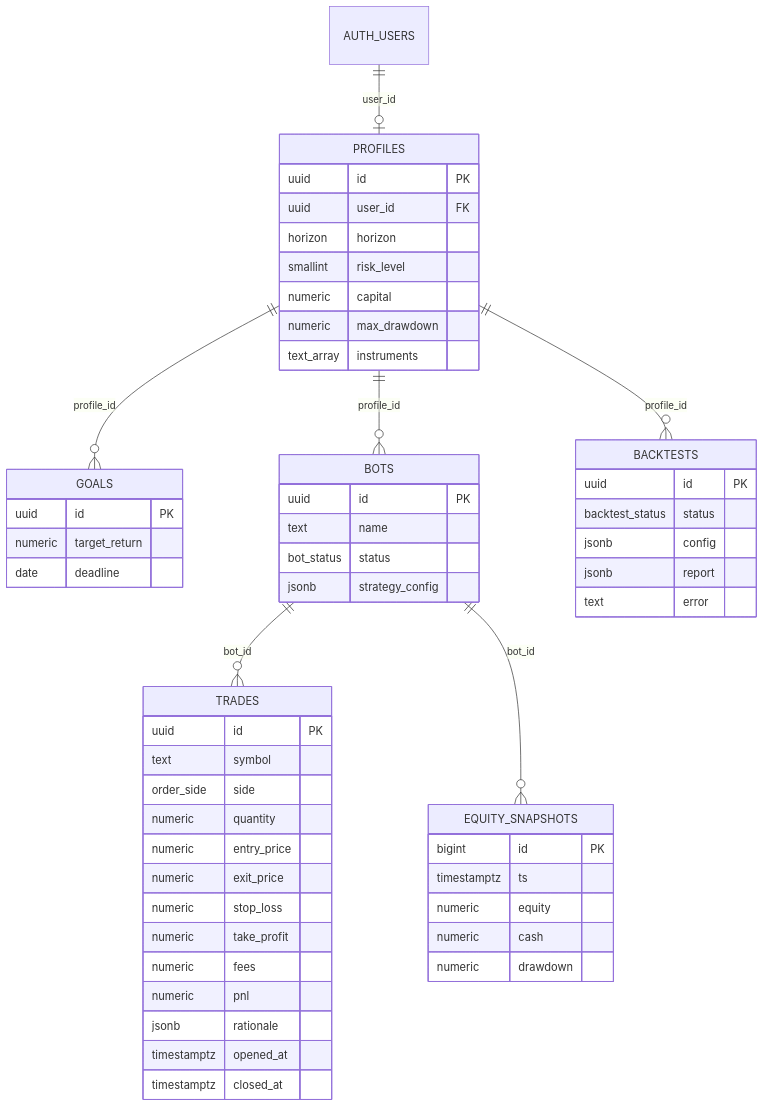
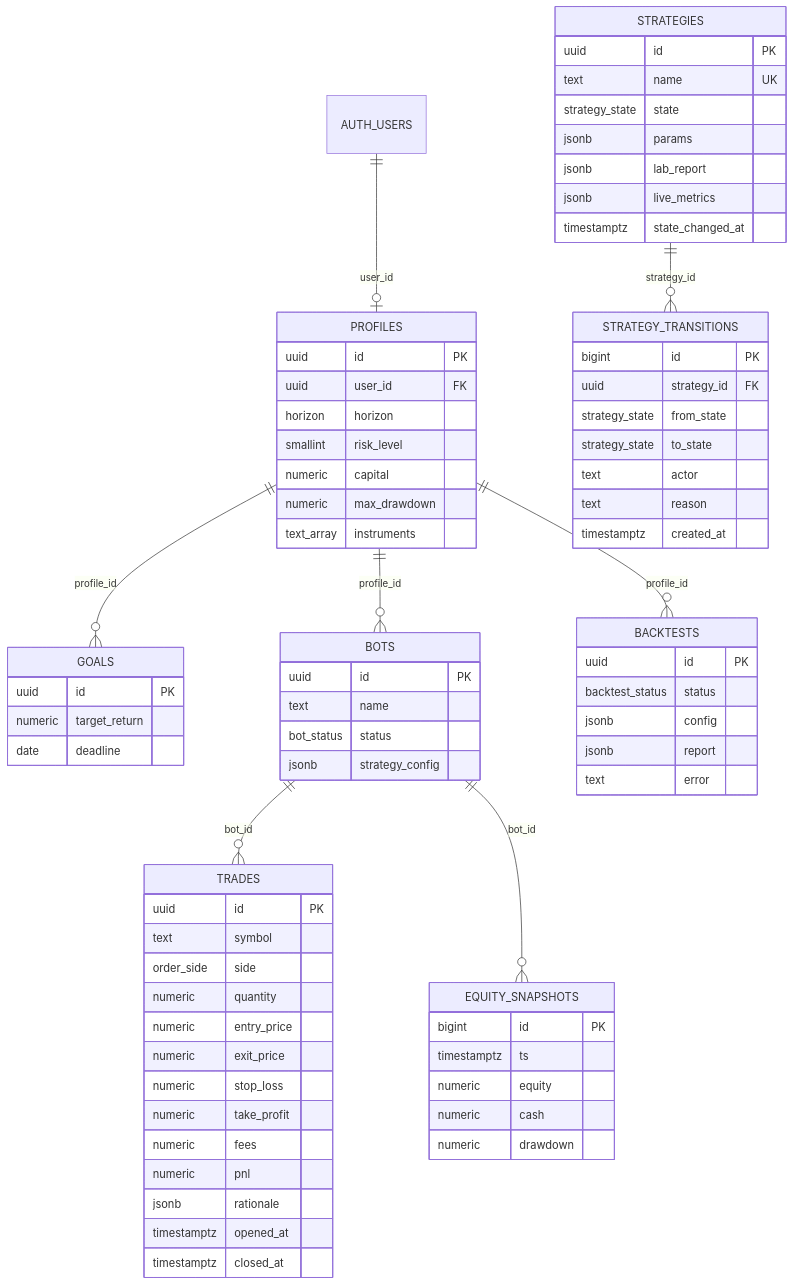
One commit to CarloSantoro21/trading_maxxing changed the diagram in supabase/README.md. Above: the diagram before and after it, drawn with Mermaid. The commit also changed other lines of this file and 6 other files, not shown here.

First line of the commit message:
feat(agents): StrategyRegistry con tablas strategies y strategy_transitions

````diff
--- a/supabase/README.md
+++ b/supabase/README.md
@@ -52,59 +52,78 @@
 ```mermaid
 erDiagram
   AUTH_USERS ||--o| PROFILES : "user_id"
   PROFILES ||--o{ GOALS : "profile_id"
   PROFILES ||--o{ BOTS : "profile_id"
   PROFILES ||--o{ BACKTESTS : "profile_id"
   BOTS ||--o{ TRADES : "bot_id"
   BOTS ||--o{ EQUITY_SNAPSHOTS : "bot_id"
+  STRATEGIES ||--o{ STRATEGY_TRANSITIONS : "strategy_id"
 
   PROFILES {
     uuid id PK
     uuid user_id FK
     horizon horizon
     smallint risk_level
     numeric capital
     numeric max_drawdown
     text_array instruments
   }
   GOALS {
     uuid id PK
     numeric target_return
     date deadline
   }
   BOTS {
     uuid id PK
     text name
     bot_status status
     jsonb strategy_config
   }
   TRADES {
     uuid id PK
     text symbol
     order_side side
     numeric quantity
     numeric entry_price
     numeric exit_price
     numeric stop_loss
     numeric take_profit
     numeric fees
     numeric pnl
     jsonb rationale
     timestamptz opened_at
     timestamptz closed_at
   }
   EQUITY_SNAPSHOTS {
     bigint id PK
     timestamptz ts
     numeric equity
     numeric cash
     numeric drawdown
   }
   BACKTESTS {
     uuid id PK
     backtest_status status
     jsonb config
     jsonb report
     text error
   }
+  STRATEGIES {
+    uuid id PK
+    text name UK
+    strategy_state state
+    jsonb params
+    jsonb lab_report
+    jsonb live_metrics
+    timestamptz state_changed_at
+  }
+  STRATEGY_TRANSITIONS {
+    bigint id PK
+    uuid strategy_id FK
+    strategy_state from_state
+    strategy_state to_state
+    text actor
+    text reason
+    timestamptz created_at
+  }
 ```
````
